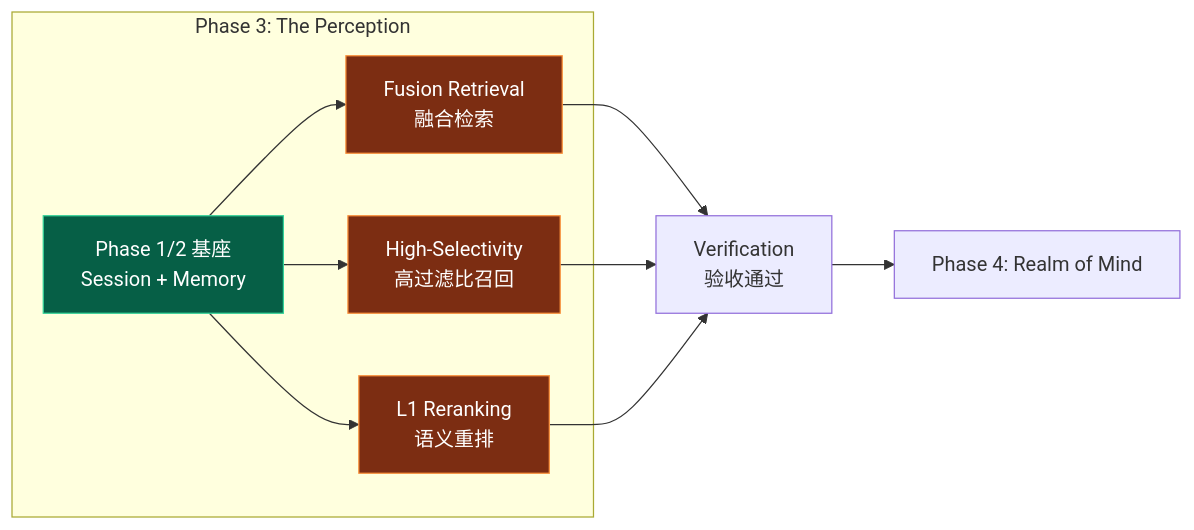
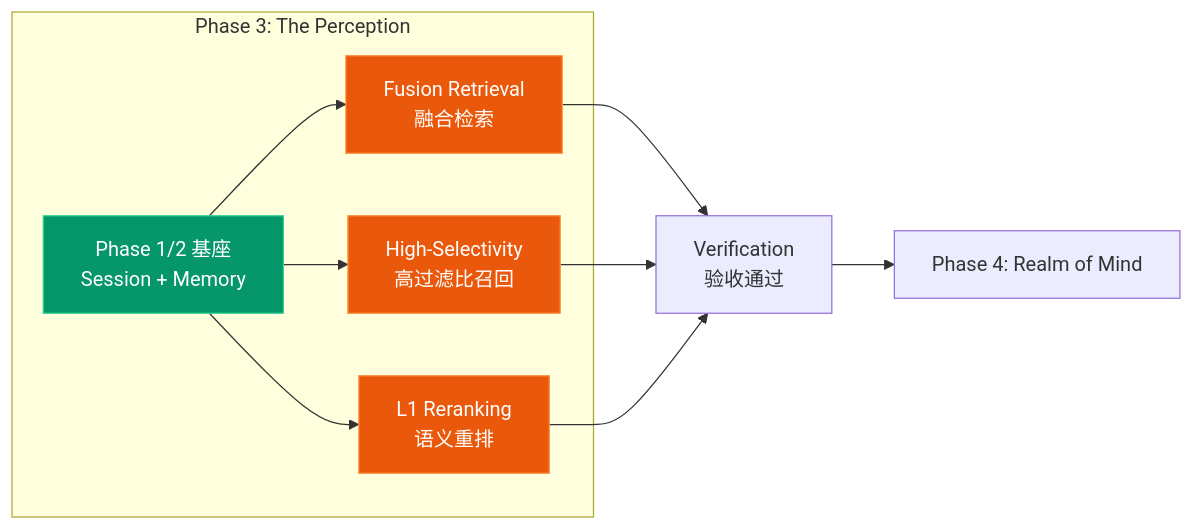
Before and after one commit to ThreeFish-AI/agentic-ai-papers: the first of 12 diagrams in docs/engine/030-the-perception.md, drawn with Mermaid. The commit also changed other lines of this file, not shown here.

First line of the commit message:
docs(perception): 优化 Mermaid 图表样式;

````diff
--- a/docs/engine/030-the-perception.md
+++ b/docs/engine/030-the-perception.md
@@ -39,16 +39,16 @@
 ```mermaid
 graph LR
     subgraph "Phase 3: The Perception"
         F[Phase 1/2 基座<br>Session + Memory] --> P1[Fusion Retrieval<br>融合检索]
         F --> P2[High-Selectivity<br>高过滤比召回]
         F --> P3[L1 Reranking<br>语义重排]
     end
 
     P1 & P2 & P3 --> V[Verification<br>验收通过]
     V --> Phase4[Phase 4: Realm of Mind]
 
-    style F fill:#065f46,stroke:#34d399,color:#fff
-    style P1 fill:#7c2d12,stroke:#fb923c,color:#fff
-    style P2 fill:#7c2d12,stroke:#fb923c,color:#fff
-    style P3 fill:#7c2d12,stroke:#fb923c,color:#fff
+    style F fill:#059669,stroke:#34d399,color:#fff
+    style P1 fill:#ea580c,stroke:#fb923c,color:#fff
+    style P2 fill:#ea580c,stroke:#fb923c,color:#fff
+    style P3 fill:#ea580c,stroke:#fb923c,color:#fff
 ```
````
